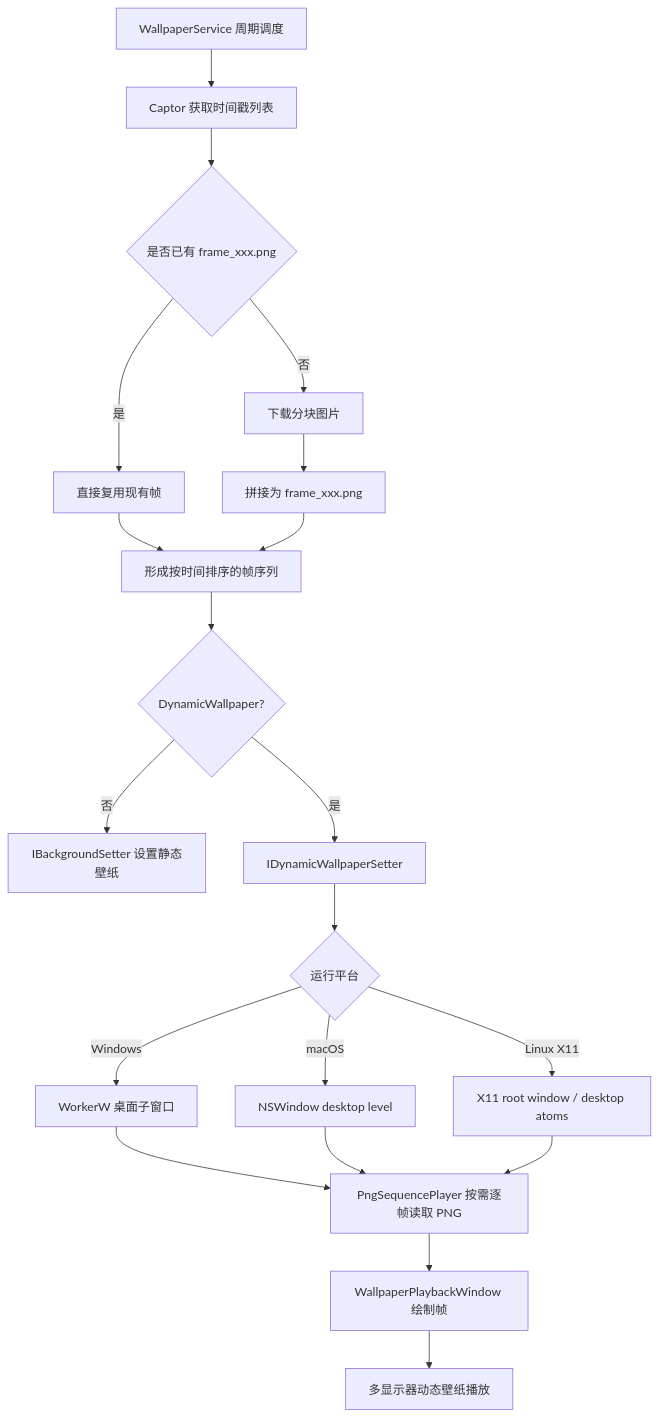
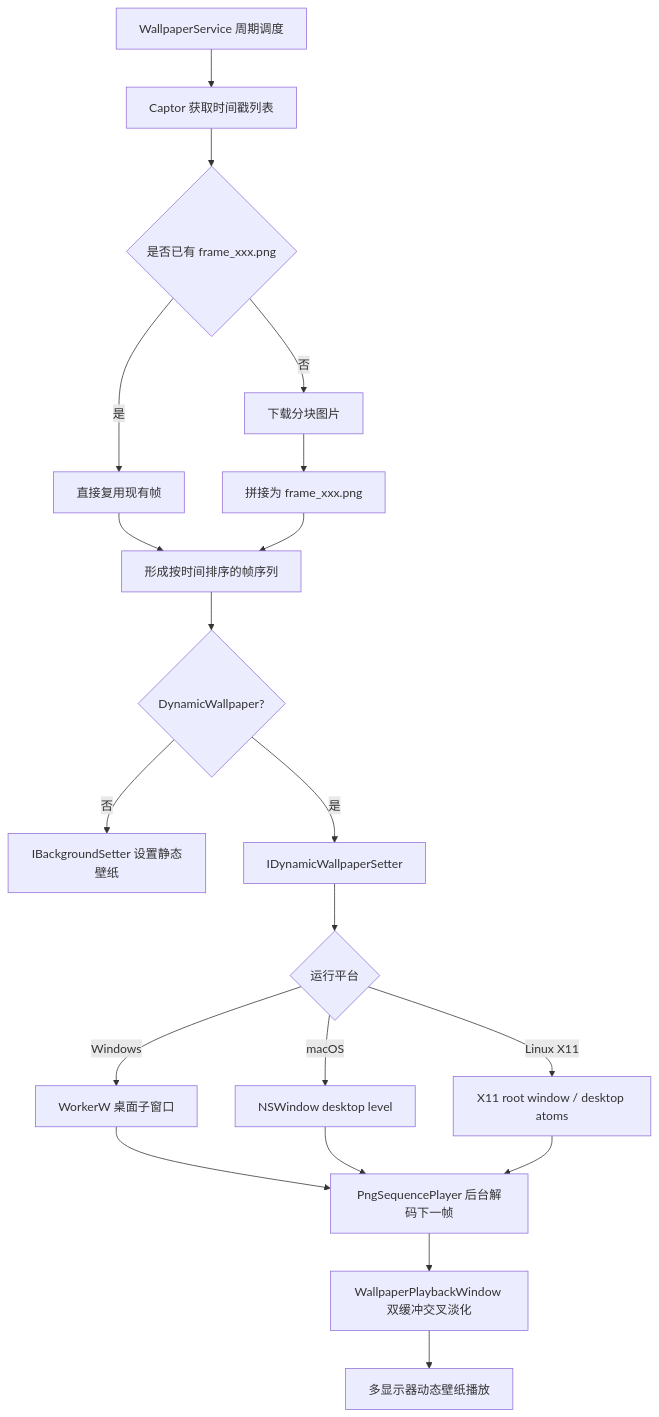
One commit to LGinC/EarthBackground changed the first of 2 diagrams in README.md. Above: the diagram before and after it, drawn with Mermaid. The commit also changed other lines of this file and 11 other files, not shown here.

````diff
--- a/README.md
+++ b/README.md
@@ -71,22 +82,22 @@
 ```mermaid
 flowchart TD
     A["WallpaperService 周期调度"] --> B["Captor 获取时间戳列表"]
     B --> C{"是否已有 frame_xxx.png"}
     C -->|是| D["直接复用现有帧"]
     C -->|否| E["下载分块图片"]
     E --> F["拼接为 frame_xxx.png"]
     D --> G["形成按时间排序的帧序列"]
     F --> G
     G --> H{"DynamicWallpaper?"}
     H -->|否| I["IBackgroundSetter 设置静态壁纸"]
     H -->|是| J["IDynamicWallpaperSetter"]
     J --> K{"运行平台"}
     K -->|Windows| L["WorkerW 桌面子窗口"]
     K -->|macOS| M["NSWindow desktop level"]
     K -->|Linux X11| N["X11 root window / desktop atoms"]
-    L --> O["PngSequencePlayer 按需逐帧读取 PNG"]
+    L --> O["PngSequencePlayer 后台解码下一帧"]
     M --> O
     N --> O
-    O --> P["WallpaperPlaybackWindow 绘制帧"]
+    O --> P["WallpaperPlaybackWindow 双缓冲交叉淡化"]
     P --> Q["多显示器动态壁纸播放"]
 ```
````
